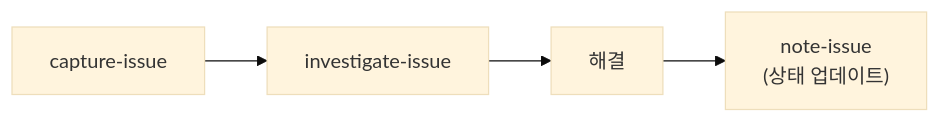
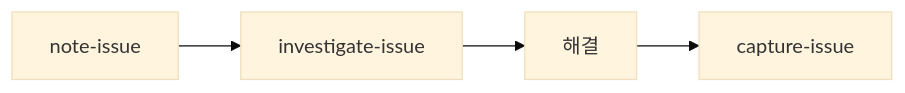
The third of 5 diagrams in .claude/commands/ops/README.adoc (flex-team/flex-oncall), drawn with Mermaid (base theme) before and after one commit. The commit also changed other lines of this file, not shown here.

First line of the commit message:
📝 README 워크플로우에서 capture-issue 위치를 해결 후 단계로 이동

```diff
--- a/.claude/commands/ops/README.adoc
+++ b/.claude/commands/ops/README.adoc
@@ -292,7 +297,7 @@
 [mermaid]
 ....
 graph LR
-    A["capture-issue"] --> B["investigate-issue"]
+    A["note-issue"] --> B["investigate-issue"]
     B --> C["해결"]
-    C --> D["note-issue<br/>(상태 업데이트)"]
+    C --> D["capture-issue"]
 ....
```
